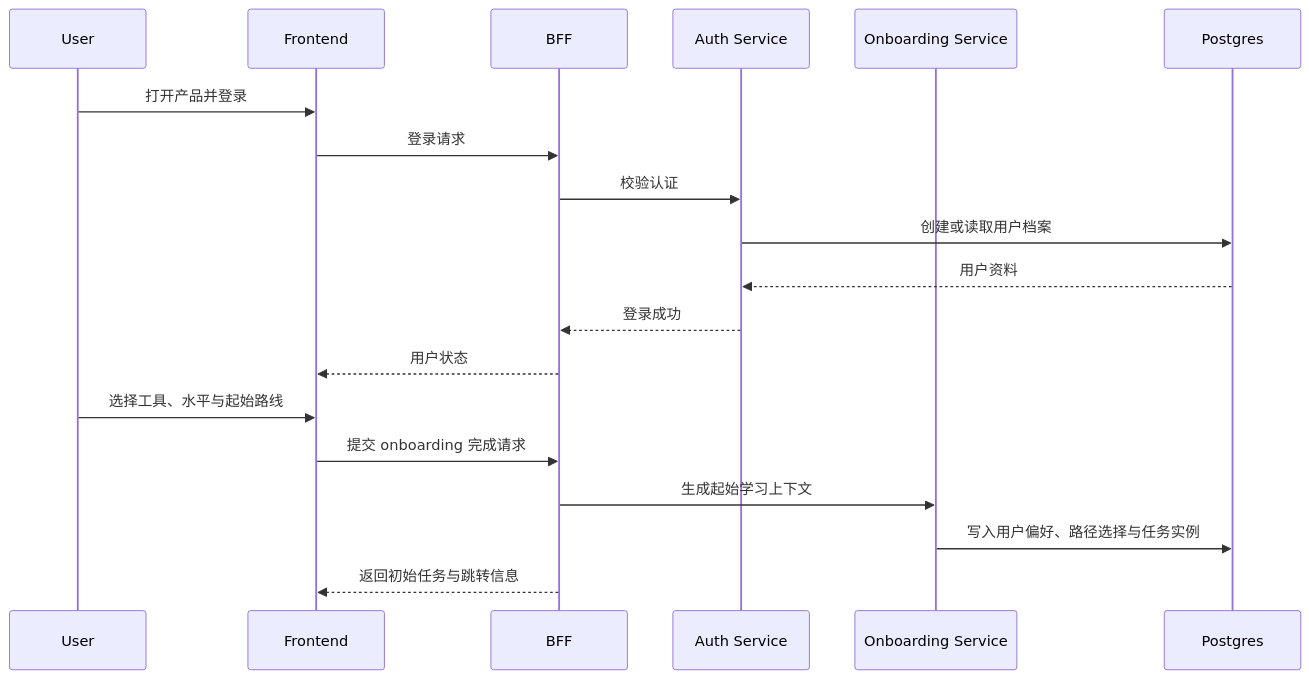
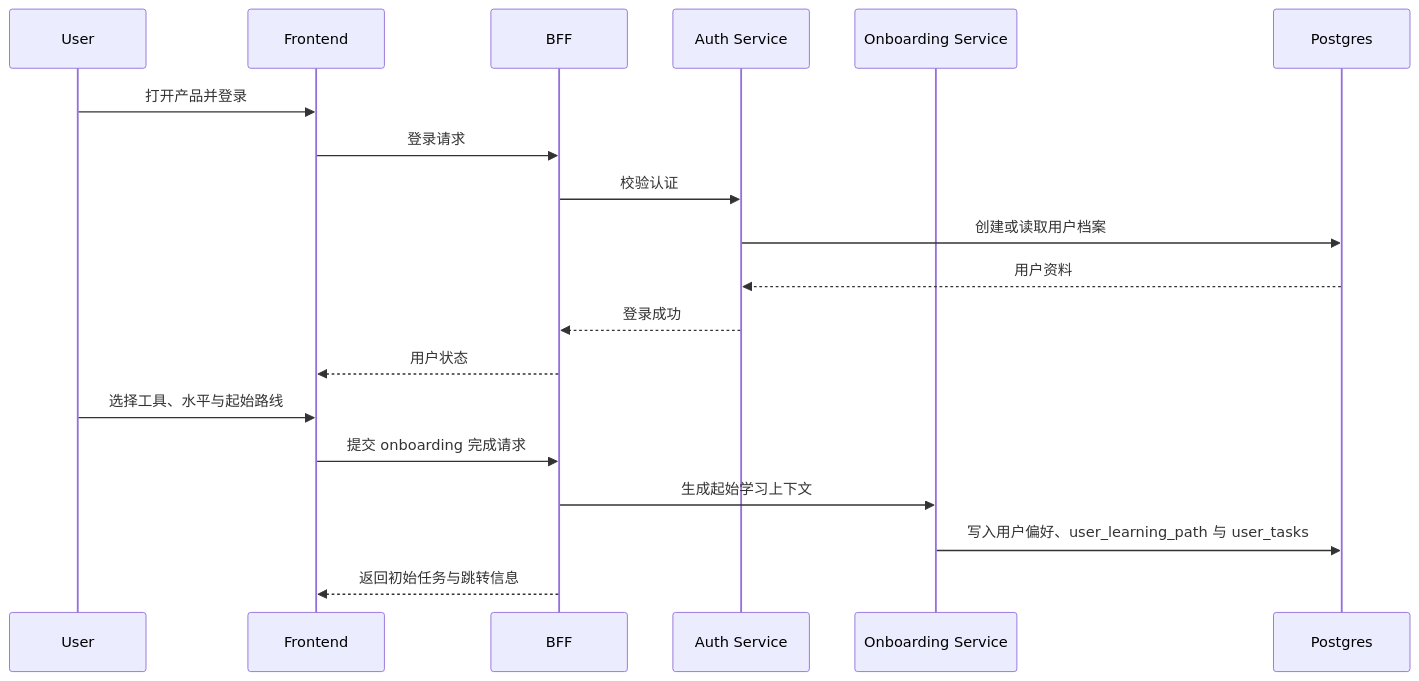
Before and after one commit to ChengZhuo2025/codetutor: the third of 6 diagrams in docs/plans/2026-03-23-ai-coding-tutor-technical-architecture.md, drawn with Mermaid. The commit also changed other lines of this file and 20 other files, not shown here.

````diff
--- a/docs/plans/2026-03-23-ai-coding-tutor-technical-architecture.md
+++ b/docs/plans/2026-03-23-ai-coding-tutor-technical-architecture.md
@@ -369,22 +399,22 @@
 ```mermaid
 sequenceDiagram
     participant U as User
     participant FE as Frontend
     participant API as BFF
     participant AUTH as Auth Service
     participant ONB as Onboarding Service
     participant DB as Postgres
 
     U->>FE: 打开产品并登录
     FE->>API: 登录请求
     API->>AUTH: 校验认证
     AUTH->>DB: 创建或读取用户档案
     DB-->>AUTH: 用户资料
     AUTH-->>API: 登录成功
     API-->>FE: 用户状态
     U->>FE: 选择工具、水平与起始路线
     FE->>API: 提交 onboarding 完成请求
     API->>ONB: 生成起始学习上下文
-    ONB->>DB: 写入用户偏好、路径选择与任务实例
+    ONB->>DB: 写入用户偏好、user_learning_path 与 user_tasks
     API-->>FE: 返回初始任务与跳转信息
 ```
````
